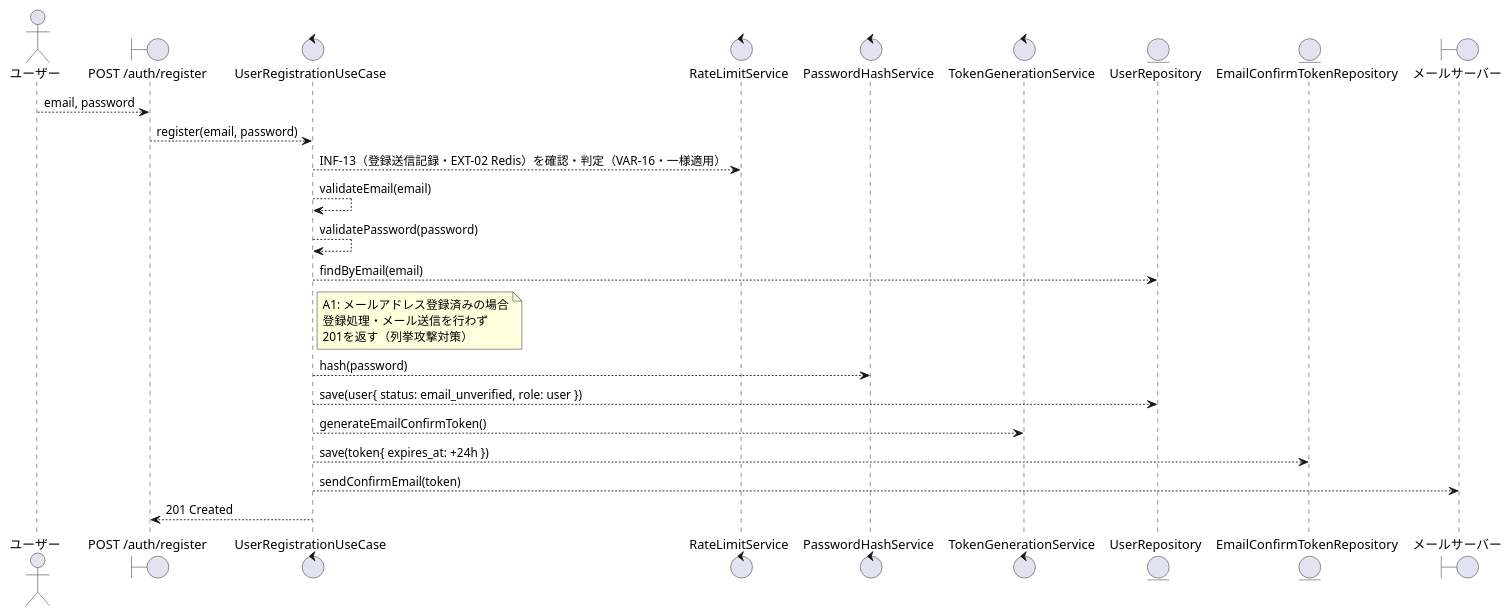
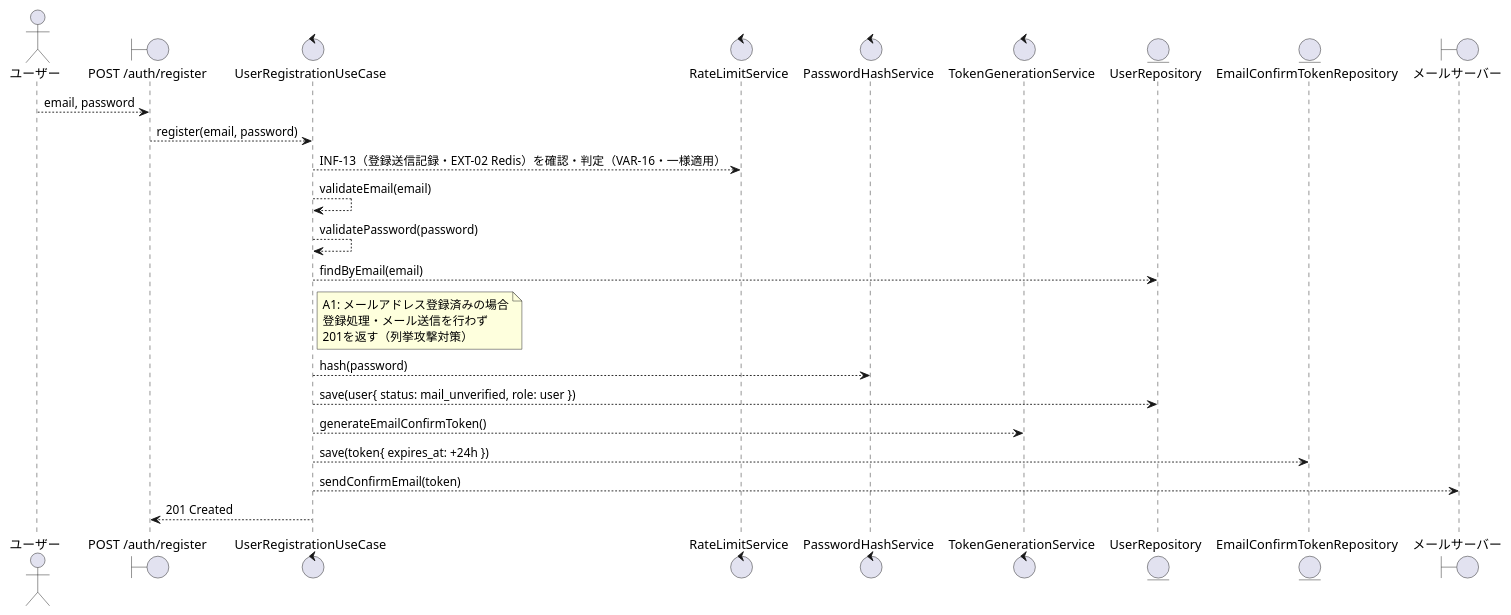
Before and after one commit to suunet/POC_HYDRA_AUTH: the first of 2 diagrams in .docs/design/buc/BUC-U01.md, drawn with PlantUML. The commit also changed other lines of this file and 2 other files, not shown here.

Commit message:
docs(T-011): cycle 2 - BUC群のstatus値をSTM-01英語IDへ是正（6行）

````diff
--- a/.docs/design/buc/BUC-U01.md
+++ b/.docs/design/buc/BUC-U01.md
@@ -77,42 +77,42 @@
 ```plantuml
 @startuml
 skinparam componentStyle rectangle
 skinparam backgroundColor White
 
 actor "ユーザー" as ユーザー
 
 boundary "POST /auth/register" as 登録API
 control "UserRegistrationUseCase" as ユースケース
 control "RateLimitService" as レート制限
 control "PasswordHashService" as ハッシュ化
 control "TokenGenerationService" as トークン生成
 entity "UserRepository" as ユーザーRepo
 entity "EmailConfirmTokenRepository" as 確認トークンRepo
 boundary "メールサーバー" as メールサーバー
 
 ユーザー --> 登録API : email, password
 
 登録API --> ユースケース : register(email, password)
 
 ユースケース --> レート制限 : INF-13（登録送信記録・EXT-02 Redis）を確認・判定（VAR-16・一様適用）
 
 ユースケース --> ユースケース : validateEmail(email)
 ユースケース --> ユースケース : validatePassword(password)
 ユースケース --> ユーザーRepo : findByEmail(email)
 
 note right of ユースケース
   A1: メールアドレス登録済みの場合
   登録処理・メール送信を行わず
   201を返す（列挙攻撃対策）
 end note
 
 ユースケース --> ハッシュ化 : hash(password)
-ユースケース --> ユーザーRepo : save(user{ status: email_unverified, role: user })
+ユースケース --> ユーザーRepo : save(user{ status: mail_unverified, role: user })
 ユースケース --> トークン生成 : generateEmailConfirmToken()
 ユースケース --> 確認トークンRepo : save(token{ expires_at: +24h })
 ユースケース --> メールサーバー : sendConfirmEmail(token)
 
 登録API <-- ユースケース : 201 Created
 
 @enduml
 ```
````
